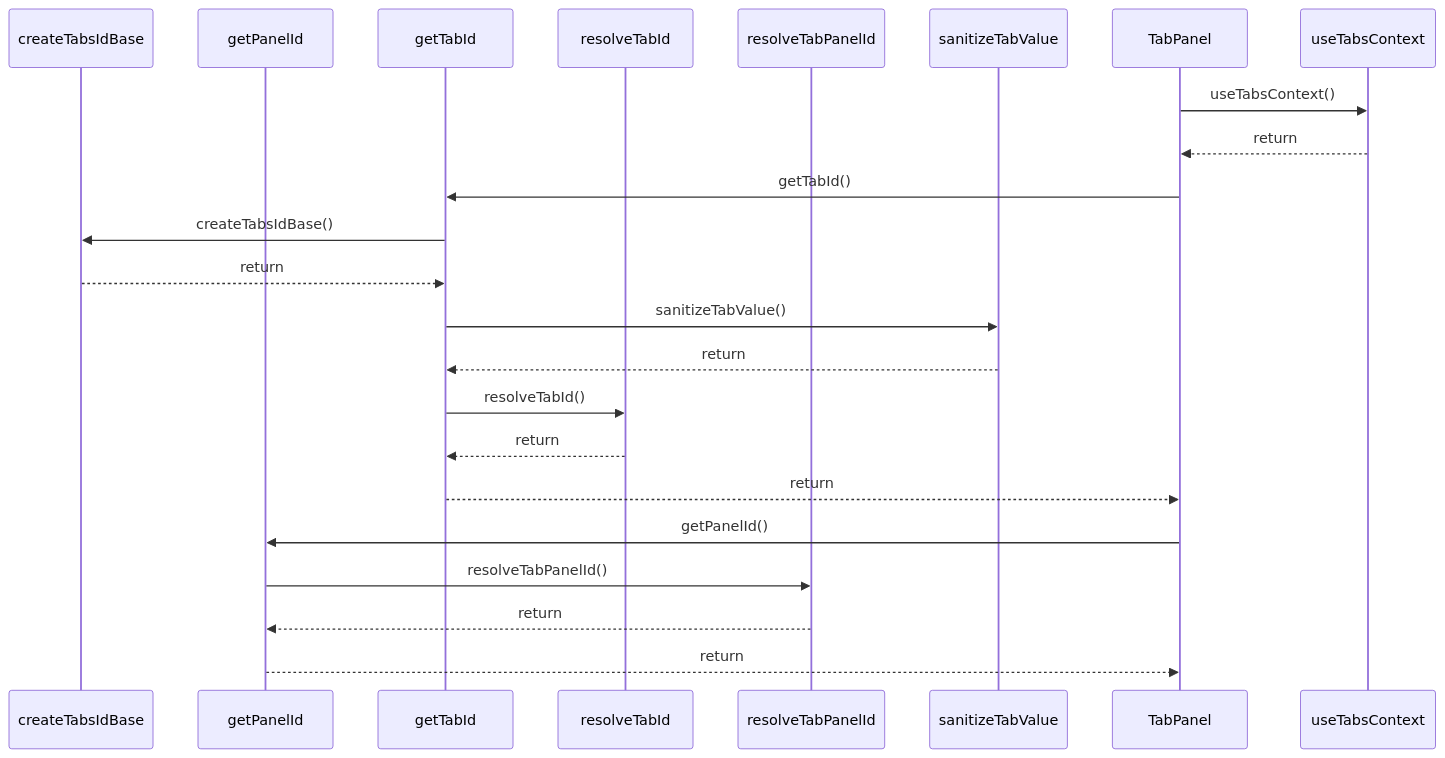
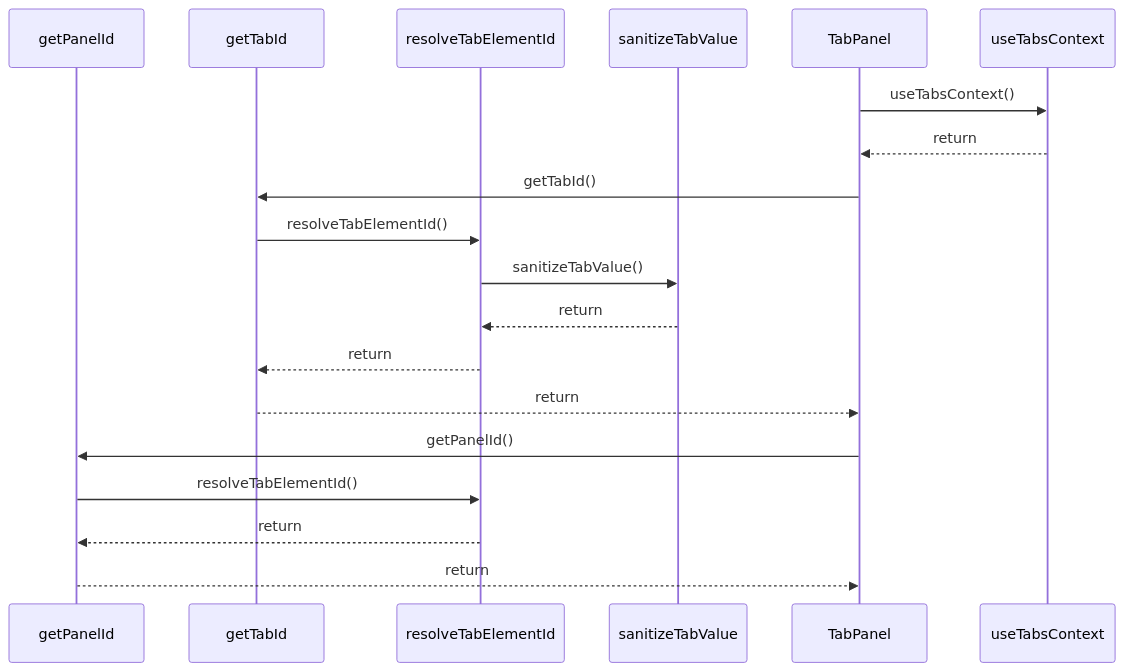
One commit to ankhorage/surface changed the diagram in paradox/diagrams/sequences/tab-panel.mmd. Above: the diagram before and after it, drawn with Mermaid. The commit also changed 48 other files, not shown here.

```diff
--- a/paradox/diagrams/sequences/tab-panel.mmd
+++ b/paradox/diagrams/sequences/tab-panel.mmd
@@ -1,23 +1,19 @@
 sequenceDiagram
-  participant participant_createTabsIdBase as createTabsIdBase
   participant participant_getPanelId as getPanelId
   participant participant_getTabId as getTabId
-  participant participant_resolveTabId as resolveTabId
-  participant participant_resolveTabPanelId as resolveTabPanelId
+  participant participant_resolveTabElementId as resolveTabElementId
   participant participant_sanitizeTabValue as sanitizeTabValue
   participant participant_TabPanel as TabPanel
   participant participant_useTabsContext as useTabsContext
   participant_TabPanel->>participant_useTabsContext: useTabsContext()
   participant_useTabsContext-->>participant_TabPanel: return
   participant_TabPanel->>participant_getTabId: getTabId()
-  participant_getTabId->>participant_createTabsIdBase: createTabsIdBase()
-  participant_createTabsIdBase-->>participant_getTabId: return
-  participant_getTabId->>participant_sanitizeTabValue: sanitizeTabValue()
-  participant_sanitizeTabValue-->>participant_getTabId: return
-  participant_getTabId->>participant_resolveTabId: resolveTabId()
-  participant_resolveTabId-->>participant_getTabId: return
+  participant_getTabId->>participant_resolveTabElementId: resolveTabElementId()
+  participant_resolveTabElementId->>participant_sanitizeTabValue: sanitizeTabValue()
+  participant_sanitizeTabValue-->>participant_resolveTabElementId: return
+  participant_resolveTabElementId-->>participant_getTabId: return
   participant_getTabId-->>participant_TabPanel: return
   participant_TabPanel->>participant_getPanelId: getPanelId()
-  participant_getPanelId->>participant_resolveTabPanelId: resolveTabPanelId()
-  participant_resolveTabPanelId-->>participant_getPanelId: return
+  participant_getPanelId->>participant_resolveTabElementId: resolveTabElementId()
+  participant_resolveTabElementId-->>participant_getPanelId: return
   participant_getPanelId-->>participant_TabPanel: return
```
